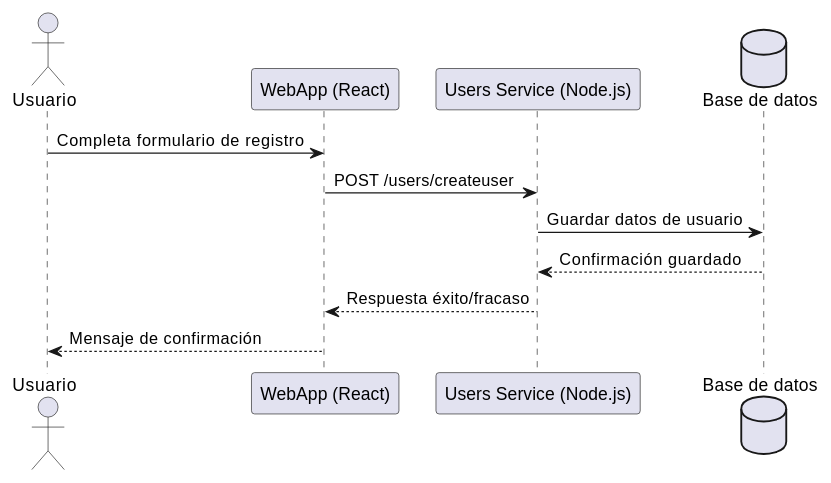
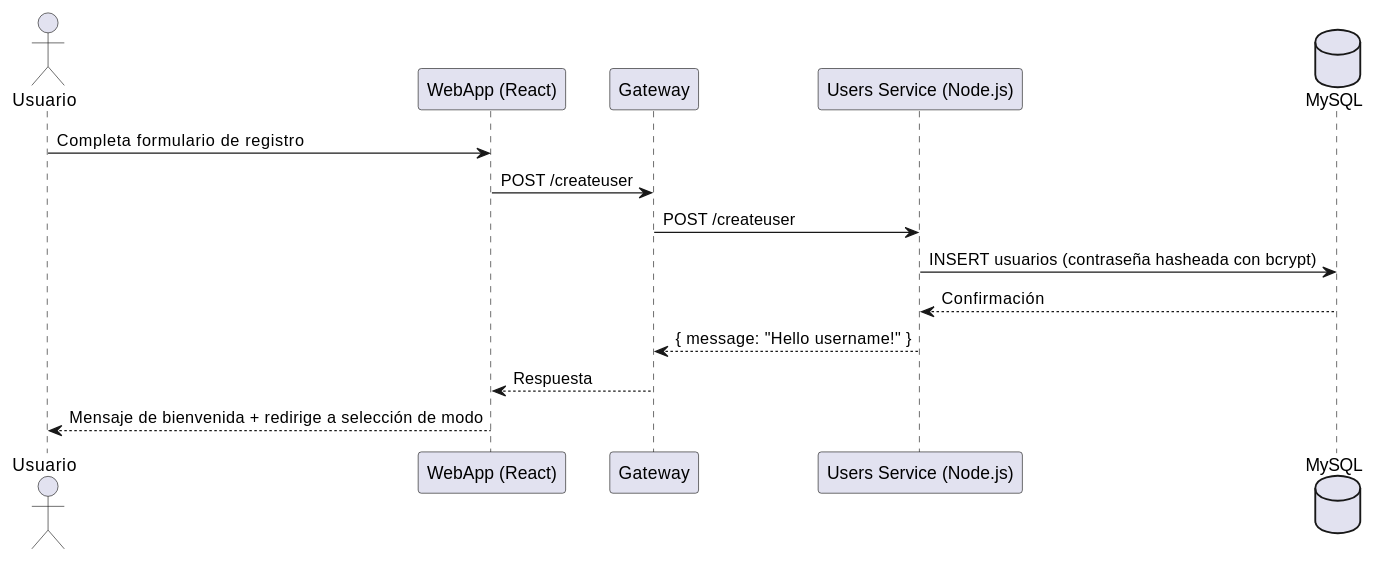
Before and after one commit to Arquisoft/yovi_es4c: the first of 4 diagrams in docs/src/06_runtime_view.adoc, drawn with PlantUML. The commit also changed other lines of this file and 11 other files, not shown here.

```diff
--- a/docs/src/06_runtime_view.adoc
+++ b/docs/src/06_runtime_view.adoc
@@ -52,14 +11,17 @@
 [plantuml,"Registro de Usuario",png]
 ----
 actor Usuario
 participant "WebApp (React)" as WebApp
+participant "Gateway" as GW
 participant "Users Service (Node.js)" as UsersService
-database "Base de datos" as DB
+database "MySQL" as DB
 
 Usuario -> WebApp: Completa formulario de registro
-WebApp -> UsersService: POST /users/createuser
-UsersService -> DB: Guardar datos de usuario
-DB --> UsersService: Confirmación guardado
-UsersService --> WebApp: Respuesta éxito/fracaso
-WebApp --> Usuario: Mensaje de confirmación
+WebApp -> GW: POST /createuser
+GW -> UsersService: POST /createuser
+UsersService -> DB: INSERT usuarios (contraseña hasheada con bcrypt)
+DB --> UsersService: Confirmación
+UsersService --> GW: { message: "Hello username!" }
+GW --> WebApp: Respuesta
+WebApp --> Usuario: Mensaje de bienvenida + redirige a selección de modo
 ----
```
